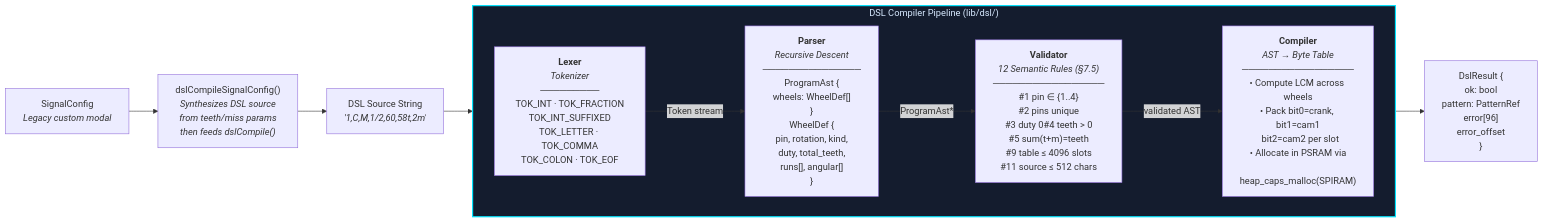
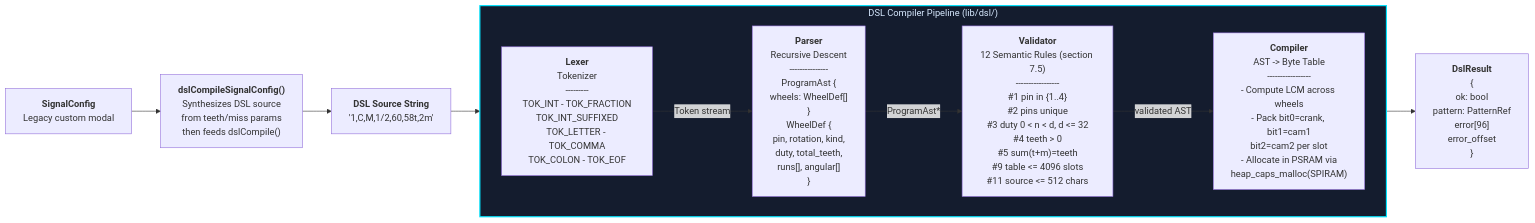
The sixth of 11 diagrams in _0.Overview-Diagram/architecture_diagram.md (mfares-88/Signal_Generator), drawn with Mermaid before and after one commit. The commit also changed other lines of this file and 3 other files, not shown here.

````diff
--- a/_0.Overview-Diagram/architecture_diagram.md
+++ b/_0.Overview-Diagram/architecture_diagram.md
@@ -320,33 +464,76 @@
 ```mermaid
 flowchart LR
-    SRC["DSL Source String<br/><i>'1,C,M,1/2,60,58t,2m'</i>"]
+    SRC["`**DSL Source String**
+    '1,C,M,1/2,60,58t,2m'`"]
 
     subgraph PIPELINE["DSL Compiler Pipeline (lib/dsl/)"]
         direction LR
-        LEX["<b>Lexer</b><br/><i>Tokenizer</i><br/>─────────<br/>TOK_INT · TOK_FRACTION<br/>TOK_INT_SUFFIXED<br/>TOK_LETTER · TOK_COMMA<br/>TOK_COLON · TOK_EOF"]
+        LEX["`**Lexer**
+        Tokenizer
+        ---------
+        TOK_INT - TOK_FRACTION
+        TOK_INT_SUFFIXED
+        TOK_LETTER - TOK_COMMA
+        TOK_COLON - TOK_EOF`"]
 
-        PARSE["<b>Parser</b><br/><i>Recursive Descent</i><br/>───────────────<br/>ProgramAst {<br/>  wheels: WheelDef[]<br/>}<br/>WheelDef {<br/>  pin, rotation, kind,<br/>  duty, total_teeth,<br/>  runs[], angular[]<br/>}"]
+        PARSE["`**Parser**
+        Recursive Descent
+        ---------------
+        ProgramAst {
+          wheels: WheelDef[]
+        }
+        WheelDef {
+          pin, rotation, kind,
+          duty, total_teeth,
+          runs[], angular[]
+        }`"]
 
-        VAL["<b>Validator</b><br/><i>12 Semantic Rules (§7.5)</i><br/>─────────────────<br/>#1 pin ∈ {1..4}<br/>#2 pins unique<br/>#3 duty 0<n<d, d≤32<br/>#4 teeth > 0<br/>#5 sum(t+m)=teeth<br/>#9 table ≤ 4096 slots<br/>#11 source ≤ 512 chars"]
+        VAL["`**Validator**
+        12 Semantic Rules (section 7.5)
+        -----------------
+        #1 pin in {1..4}
+        #2 pins unique
+        #3 duty 0 < n < d, d <= 32
+        #4 teeth > 0
+        #5 sum(t+m)=teeth
+        #9 table <= 4096 slots
+        #11 source <= 512 chars`"]
 
-        COMP["<b>Compiler</b><br/><i>AST → Byte Table</i><br/>─────────────────<br/>• Compute LCM across wheels<br/>• Pack bit0=crank, bit1=cam1<br/>  bit2=cam2 per slot<br/>• Allocate in PSRAM via<br/>  heap_caps_malloc(SPIRAM)"]
+        COMP["`**Compiler**
+        AST -> Byte Table
+        -----------------
+        - Compute LCM across wheels
+        - Pack bit0=crank, bit1=cam1
+          bit2=cam2 per slot
+        - Allocate in PSRAM via
+          heap_caps_malloc(SPIRAM)`"]
 
         LEX -->|"Token stream"| PARSE
         PARSE -->|"ProgramAst*"| VAL
         VAL -->|"validated AST"| COMP
     end
 
     SRC --> LEX
 
-    RESULT["DslResult {<br/>  ok: bool<br/>  pattern: PatternRef<br/>  error[96]<br/>  error_offset<br/>}"]
+    RESULT["`**DslResult**
+    {
+      ok: bool
+      pattern: PatternRef
+      error[96]
+      error_offset
+    }`"]
 
     COMP --> RESULT
 
-    SIGCFG["SignalConfig<br/><i>Legacy custom modal</i>"]
-    SHIM["dslCompileSignalConfig()<br/><i>Synthesizes DSL source</i><br/><i>from teeth/miss params</i><br/><i>then feeds dslCompile()</i>"]
+    SIGCFG["`**SignalConfig**
+    Legacy custom modal`"]
+    SHIM["`**dslCompileSignalConfig()**
+    Synthesizes DSL source
+    from teeth/miss params
+    then feeds dslCompile()`"]
 
     SIGCFG --> SHIM
     SHIM --> SRC
 
     style PIPELINE fill:#141C2E,stroke:#00E5FF,stroke-width:2px,color:#D7E9FF
 ```
````
